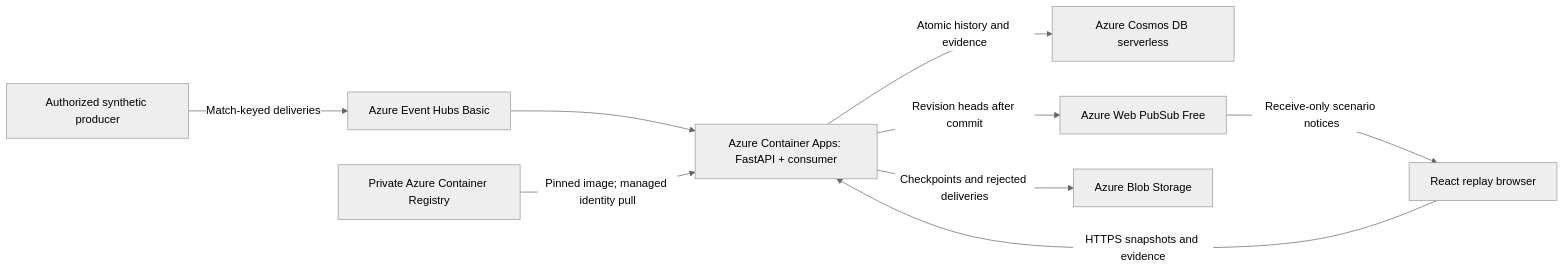
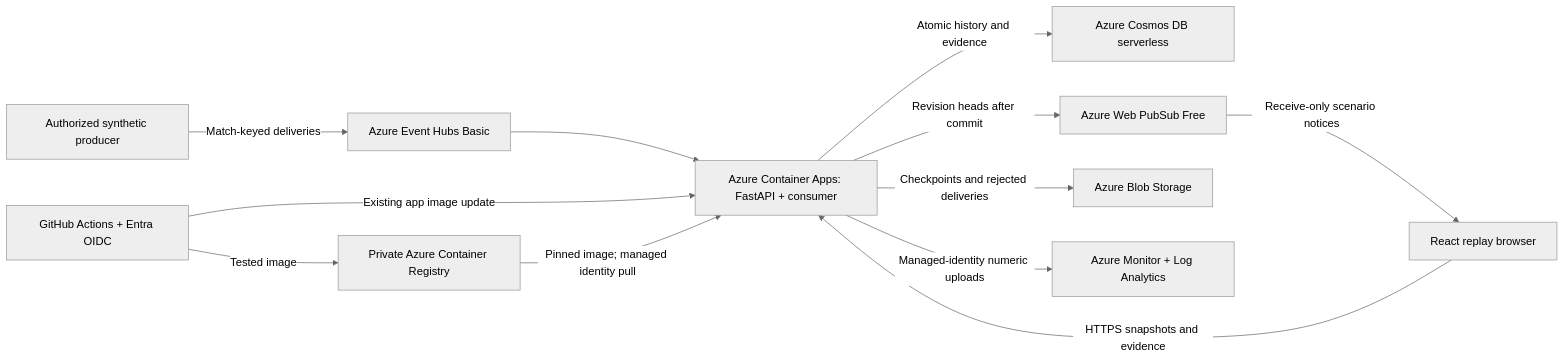
Before and after one commit to Haydnlee31/CounterPress: the diagram in docs/deployment.md, drawn with Mermaid (neutral theme). The commit also changed other lines of this file and 14 other files, not shown here.

First line of the commit message:
Export numeric streaming operations through authenticated Azure Monitor ingestion (#17)

````diff
--- a/docs/deployment.md
+++ b/docs/deployment.md
@@ -66,11 +66,14 @@
 ```mermaid
 flowchart LR
   Producer[Authorized synthetic producer] -->|Match-keyed deliveries| EH[Azure Event Hubs Basic]
   EH --> App[Azure Container Apps: FastAPI + consumer]
   Browser[React replay browser] -->|HTTPS snapshots and evidence| App
   App -->|Atomic history and evidence| Cosmos[Azure Cosmos DB serverless]
   App -->|Revision heads after commit| PubSub[Azure Web PubSub Free]
   PubSub -->|Receive-only scenario notices| Browser
   App -->|Checkpoints and rejected deliveries| Blob[Azure Blob Storage]
-  ACR[Private Azure Container Registry] -->|Pinned image; managed identity pull| App
+  Actions[GitHub Actions + Entra OIDC] -->|Tested image| ACR[Private Azure Container Registry]
+  Actions -->|Existing app image update| App
+  ACR -->|Pinned image; managed identity pull| App
+  App -->|Managed-identity numeric uploads| Monitor[Azure Monitor + Log Analytics]
 ```
````
